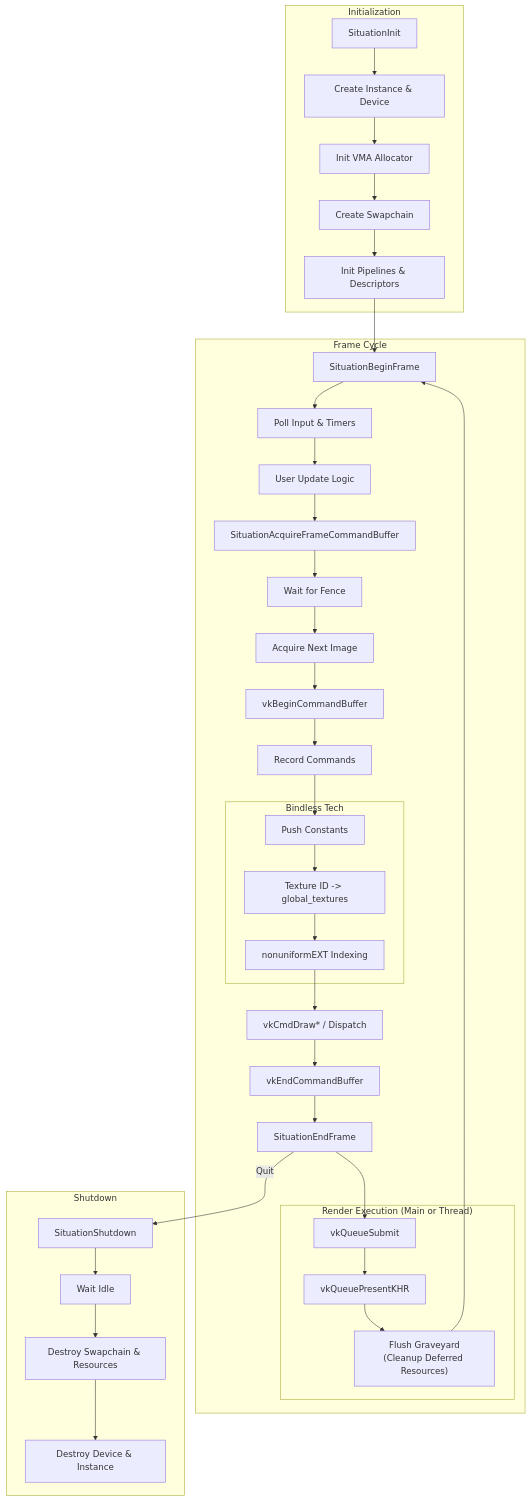
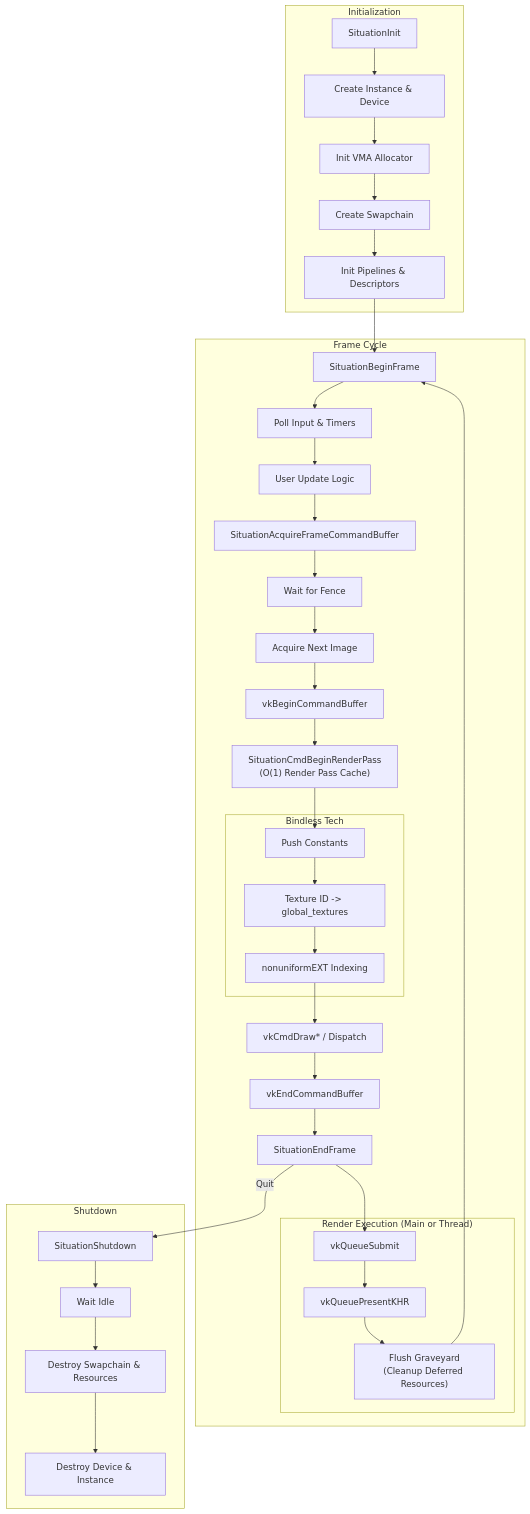
One commit to jmorel33/situation changed the third of 3 diagrams in README.md. Above: the diagram before and after it, drawn with Mermaid. The commit also changed 1 other file, not shown here.

Commit message:
Update README diagram with Render Pass Cache reference

````diff
--- a/README.md
+++ b/README.md
@@ -321,55 +321,55 @@
 ```mermaid
 graph TD
     subgraph Init ["Initialization"]
         I1["SituationInit"]
         I2["Create Instance & Device"]
         I3["Init VMA Allocator"]
         I4["Create Swapchain"]
         I5["Init Pipelines & Descriptors"]
     end
 
     subgraph Loop ["Frame Cycle"]
         L1["SituationBeginFrame"]
         L2["Poll Input & Timers"]
         L3["User Update Logic"]
         L4["SituationAcquireFrameCommandBuffer"]
         L4a["Wait for Fence"]
         L4b["Acquire Next Image"]
         L4c["vkBeginCommandBuffer"]
-        L5["Record Commands"]
+        L5["SituationCmdBeginRenderPass\n(O(1) Render Pass Cache)"]
 
         subgraph Bindless ["Bindless Tech"]
             B1["Push Constants"]
             B2["Texture ID -> global_textures"]
             B3["nonuniformEXT Indexing"]
         end
 
         L6["vkCmdDraw* / Dispatch"]
         L7["vkEndCommandBuffer"]
         L8["SituationEndFrame"]
 
         subgraph Render ["Render Execution (Main or Thread)"]
             S1["vkQueueSubmit"]
             S2["vkQueuePresentKHR"]
             S3["Flush Graveyard<br/>(Cleanup Deferred Resources)"]
         end
     end
 
     subgraph Exit ["Shutdown"]
         E1["SituationShutdown"]
         E2["Wait Idle"]
         E3["Destroy Swapchain & Resources"]
         E4["Destroy Device & Instance"]
     end
 
     %% Flow
     I1 --> I2 --> I3 --> I4 --> I5 --> L1
     L1 --> L2 --> L3 --> L4
     L4 --> L4a --> L4b --> L4c --> L5
     L5 --> B1 --> B2 --> B3 --> L6
     L6 --> L7 --> L8
     L8 --> S1 --> S2 --> S3
     S3 --> L1
     L8 -- "Quit" --> E1
     E1 --> E2 --> E3 --> E4
 ```
````
